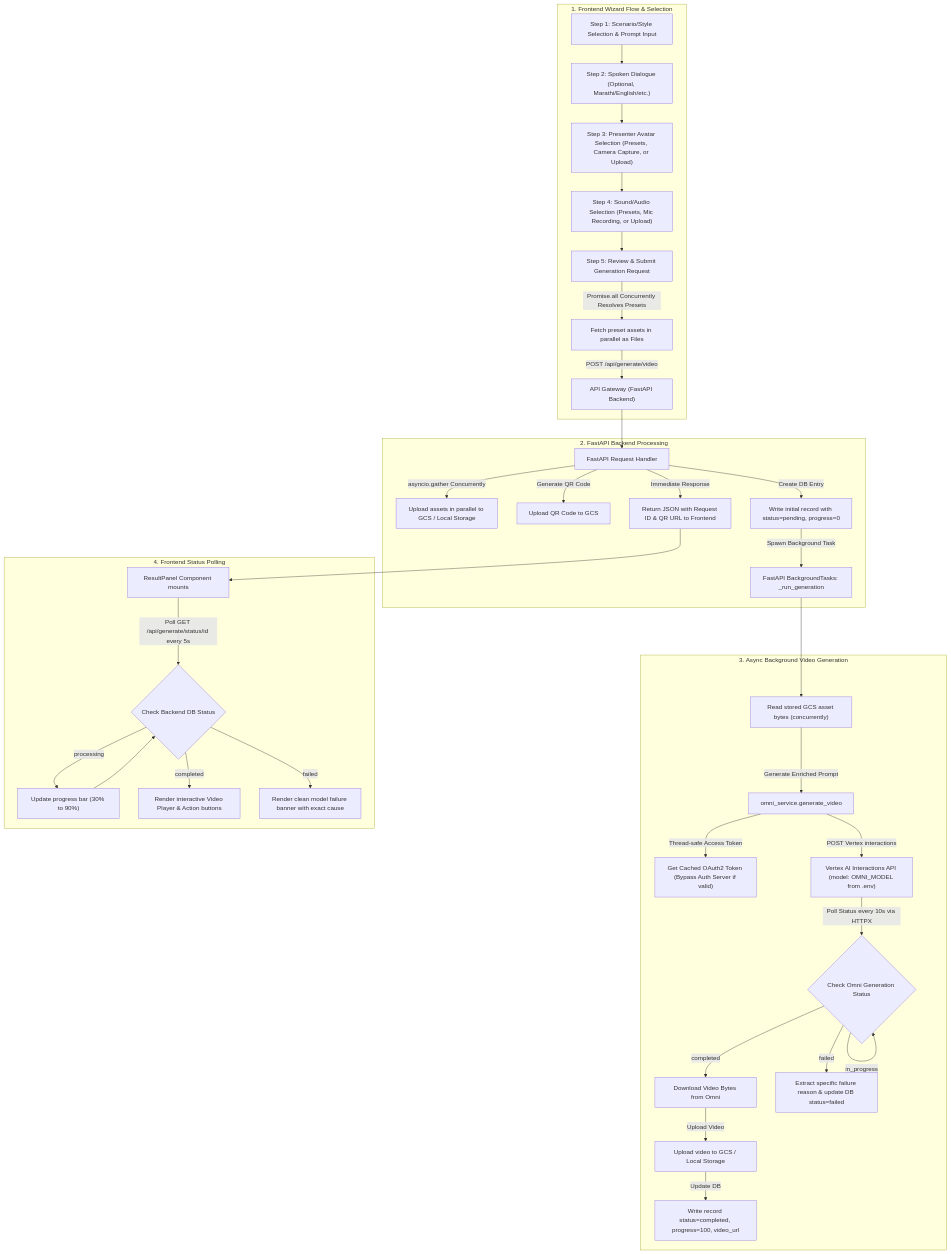
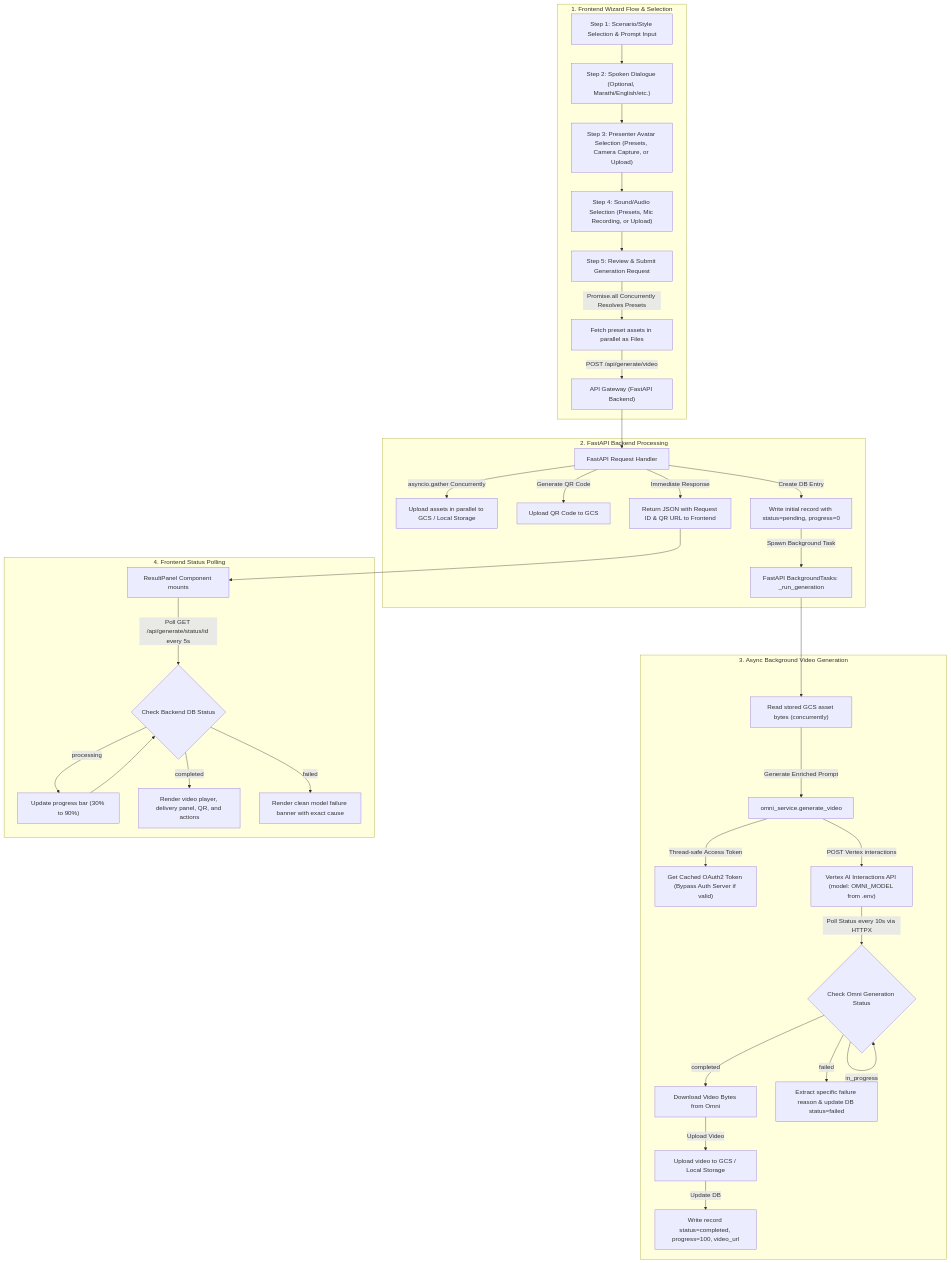
Before and after one commit to SunilKumarJB/omni_portal: the first of 2 diagrams in docs/0-workflow.md, drawn with Mermaid. The commit also changed other lines of this file and 81 other files, not shown here.

````diff
--- a/docs/0-workflow.md
+++ b/docs/0-workflow.md
@@ -11,45 +21,45 @@
 ```mermaid
 graph TD
     subgraph Frontend [1. Frontend Wizard Flow & Selection]
         A["Step 1: Scenario/Style Selection & Prompt Input"] --> B["Step 2: Spoken Dialogue (Optional, Marathi/English/etc.)"]
         B --> C["Step 3: Presenter Avatar Selection (Presets, Camera Capture, or Upload)"]
         C --> D["Step 4: Sound/Audio Selection (Presets, Mic Recording, or Upload)"]
         D --> E["Step 5: Review & Submit Generation Request"]
         
         E -->|Promise.all Concurrently Resolves Presets| F["Fetch preset assets in parallel as Files"]
         F -->|POST /api/generate/video| G["API Gateway (FastAPI Backend)"]
     end
 
     subgraph Backend [2. FastAPI Backend Processing]
         G --> H["FastAPI Request Handler"]
         H -->|asyncio.gather Concurrently| I["Upload assets in parallel to GCS / Local Storage"]
         H -->|Generate QR Code| J["Upload QR Code to GCS"]
         H -->|Create DB Entry| K["Write initial record with status=pending, progress=0"]
         
         K -->|Spawn Background Task| L["FastAPI BackgroundTasks: _run_generation"]
         H -->|Immediate Response| M["Return JSON with Request ID & QR URL to Frontend"]
     end
 
     subgraph BackgroundTask [3. Async Background Video Generation]
         L --> N["Read stored GCS asset bytes (concurrently)"]
         N -->|Generate Enriched Prompt| O["omni_service.generate_video"]
         O -->|Thread-safe Access Token| P["Get Cached OAuth2 Token (Bypass Auth Server if valid)"]
         O -->|POST Vertex interactions| Q["Vertex AI Interactions API (model: OMNI_MODEL from .env)"]
         Q -->|Poll Status every 10s via HTTPX| R{"Check Omni Generation Status"}
         R -->|in_progress| R
         R -->|completed| S["Download Video Bytes from Omni"]
         R -->|failed| T["Extract specific failure reason & update DB status=failed"]
         
         S -->|Upload Video| U["Upload video to GCS / Local Storage"]
         U -->|Update DB| V["Write record status=completed, progress=100, video_url"]
     end
 
     subgraph UIState [4. Frontend Status Polling]
         M --> W["ResultPanel Component mounts"]
         W -->|Poll GET /api/generate/status/id every 5s| X{"Check Backend DB Status"}
         X -->|processing| Y["Update progress bar (30% to 90%)"]
         Y --> X
-        X -->|completed| Z["Render interactive Video Player & Action buttons"]
+        X -->|completed| Z["Render video player, delivery panel, QR, and actions"]
         X -->|failed| AA["Render clean model failure banner with exact cause"]
     end
 ```
````
